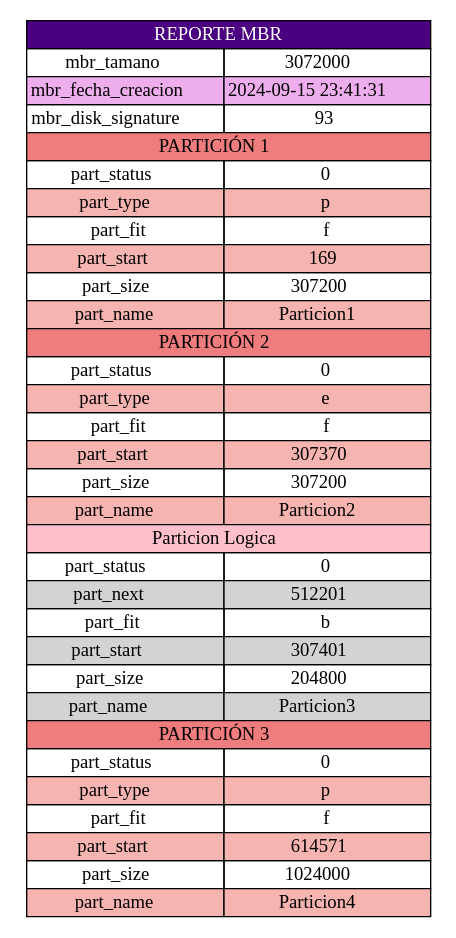
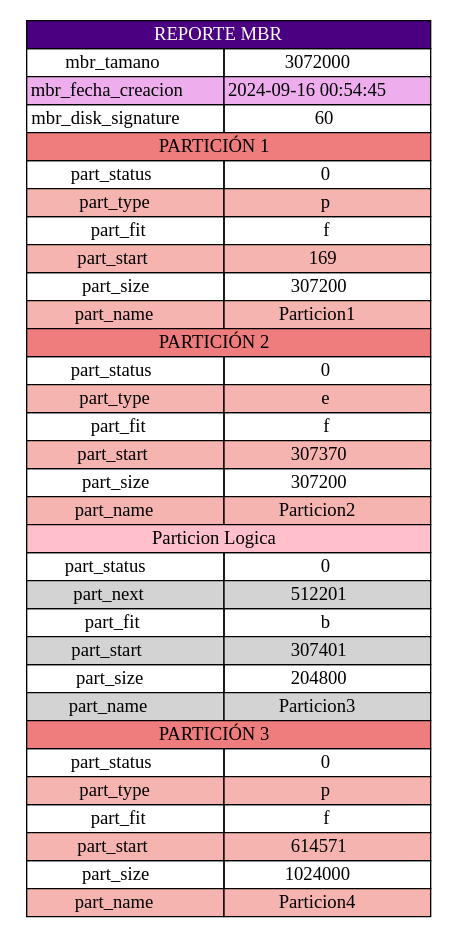
One commit to Josue013/MIA_2S_P1_202202481 changed the diagram in output/reporteMBR.pdf.dot. Above: the diagram before and after it, drawn with Graphviz. The commit also changed 15 other files, not shown here.

```diff
--- a/output/reporteMBR.pdf.dot
+++ b/output/reporteMBR.pdf.dot
@@ -1,40 +1,40 @@
 digraph G {
 			node [shape=plaintext]
 			tabla [label=<
 					<table border="0" cellborder="1" cellspacing="0">
 							<tr><td colspan="2" bgcolor="indigo"><font color="white">REPORTE MBR</font></td></tr>
 							<tr><td>mbr_tamano</td><td>3072000</td></tr>
-							<tr><td bgcolor="plum2">mbr_fecha_creacion</td><td bgcolor="plum2">2024-09-15 23:41:31</td></tr>
-							<tr><td>mbr_disk_signature</td><td>93</td></tr>
+							<tr><td bgcolor="plum2">mbr_fecha_creacion</td><td bgcolor="plum2">2024-09-16 00:54:45</td></tr>
+							<tr><td>mbr_disk_signature</td><td>60</td></tr>
 	
 					<tr><td colspan="2" bgcolor="#f07d7d"> PARTICIÓN 1 </td></tr>
 					<tr><td>part_status</td><td>0</td></tr>
 					<tr><td bgcolor="#f5b4af">part_type</td><td bgcolor="#f5b4af">p</td></tr>
 					<tr><td>part_fit</td><td>f</td></tr>
 					<tr><td bgcolor="#f5b4af">part_start</td><td bgcolor="#f5b4af">169</td></tr>
 					<tr><td>part_size</td><td>307200</td></tr>
 					<tr><td bgcolor="#f5b4af">part_name</td><td bgcolor="#f5b4af">Particion1</td></tr>
 			
 					<tr><td colspan="2" bgcolor="#f07d7d"> PARTICIÓN 2 </td></tr>
 					<tr><td>part_status</td><td>0</td></tr>
 					<tr><td bgcolor="#f5b4af">part_type</td><td bgcolor="#f5b4af">e</td></tr>
 					<tr><td>part_fit</td><td>f</td></tr>
 					<tr><td bgcolor="#f5b4af">part_start</td><td bgcolor="#f5b4af">307370</td></tr>
 					<tr><td>part_size</td><td>307200</td></tr>
 					<tr><td bgcolor="#f5b4af">part_name</td><td bgcolor="#f5b4af">Particion2</td></tr>
 						<TR><TD bgcolor="pink" COLSPAN="2">Particion Logica</TD></TR>
 			<TR><TD> part_status </TD><TD>0</TD></TR>
 			<TR><TD bgcolor="#D3D3D3"> part_next </TD><TD bgcolor="#D3D3D3">512201</TD></TR>
 			<TR><TD> part_fit </TD><TD>b</TD></TR>
 			<TR><TD bgcolor="#D3D3D3"> part_start </TD><TD bgcolor="#D3D3D3">307401</TD></TR>
 			<TR><TD> part_size </TD><TD>204800</TD></TR>
 			<TR><TD bgcolor="#D3D3D3"> part_name </TD><TD bgcolor="#D3D3D3">Particion3</TD></TR>
 
 					<tr><td colspan="2" bgcolor="#f07d7d"> PARTICIÓN 3 </td></tr>
 					<tr><td>part_status</td><td>0</td></tr>
 					<tr><td bgcolor="#f5b4af">part_type</td><td bgcolor="#f5b4af">p</td></tr>
 					<tr><td>part_fit</td><td>f</td></tr>
 					<tr><td bgcolor="#f5b4af">part_start</td><td bgcolor="#f5b4af">614571</td></tr>
 					<tr><td>part_size</td><td>1024000</td></tr>
 					<tr><td bgcolor="#f5b4af">part_name</td><td bgcolor="#f5b4af">Particion4</td></tr>
 			</table>>] }
```
